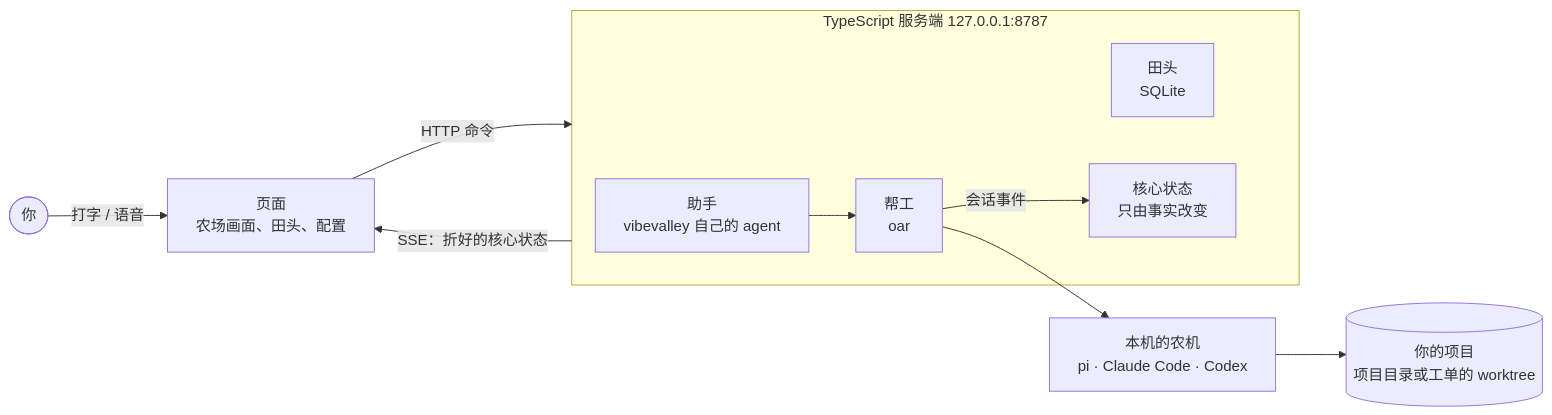
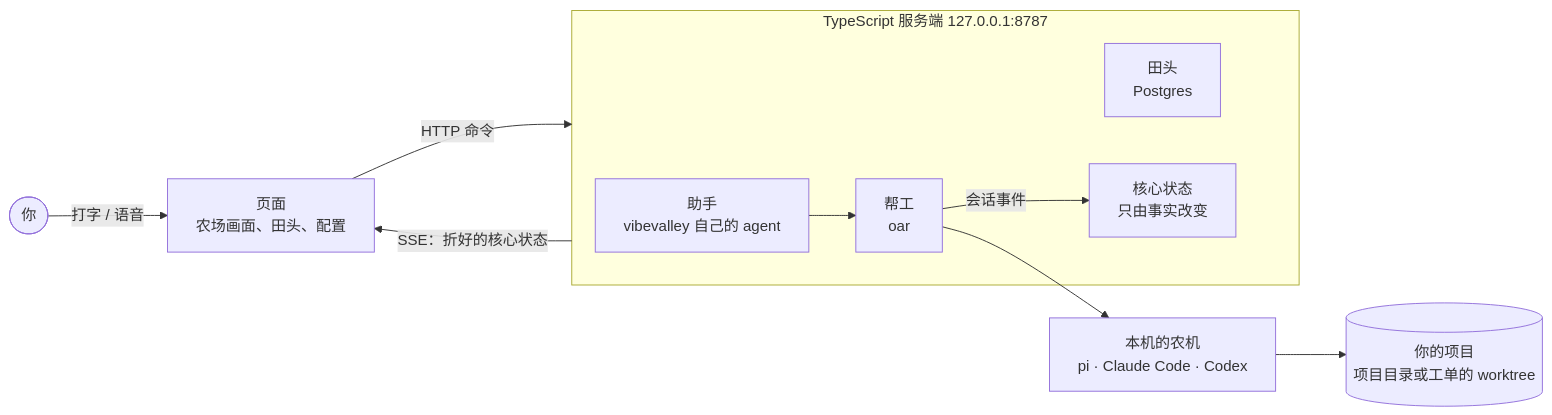
The diagram in README.md (vibevalleyhq/vibevalley), drawn with Mermaid before and after one commit. The commit also changed 84 other files, not shown here.

````diff
--- a/README.md
+++ b/README.md
@@ -34,16 +34,16 @@
 ```mermaid
 flowchart LR
   you([你]) -- 打字 / 语音 --> app[页面<br/>农场画面、田头、配置]
   app -- HTTP 命令 --> server
   server -- SSE：折好的核心状态 --> app
   subgraph server[TypeScript 服务端 127.0.0.1:8787]
     manager[助手<br/>vibevalley 自己的 agent]
-    chat[田头<br/>SQLite]
+    chat[田头<br/>Postgres]
     site[核心状态<br/>只由事实改变]
     sessions[帮工<br/>oar]
   end
   manager --> sessions
   sessions -- 会话事件 --> site
   sessions --> rt[本机的农机<br/>pi · Claude Code · Codex]
   rt --> repo[(你的项目<br/>项目目录或工单的 worktree)]
 ```
````
